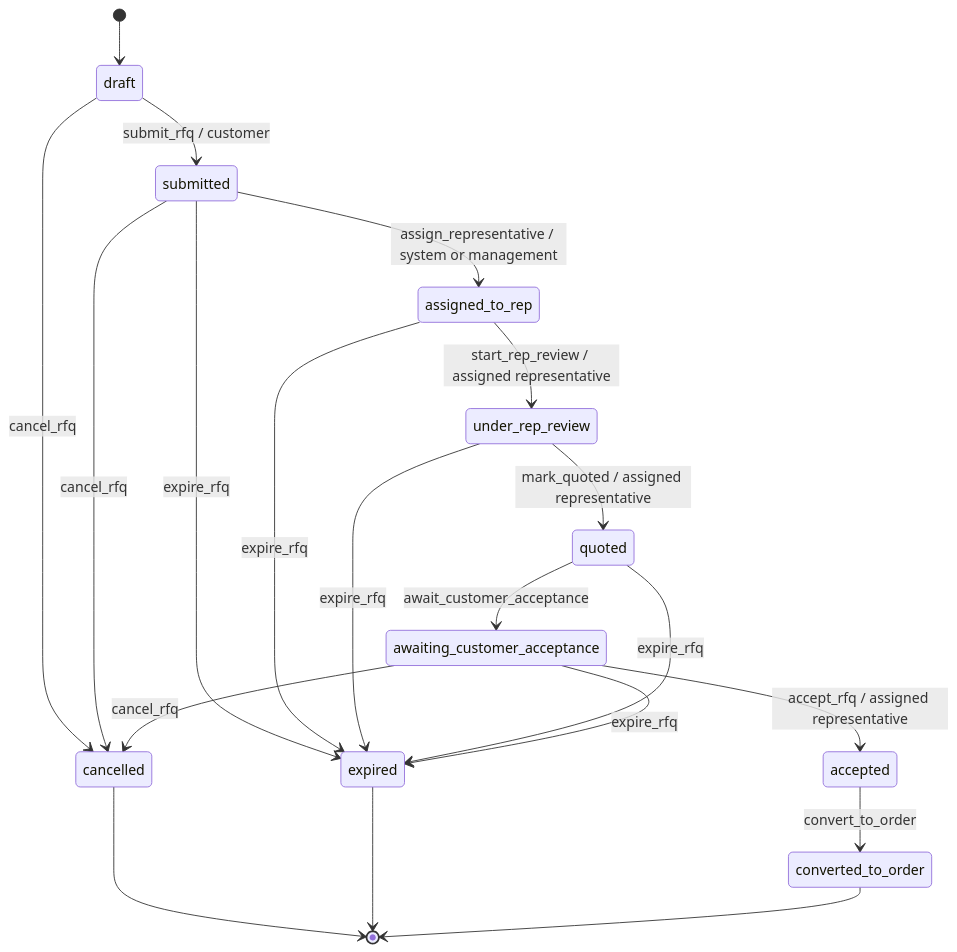
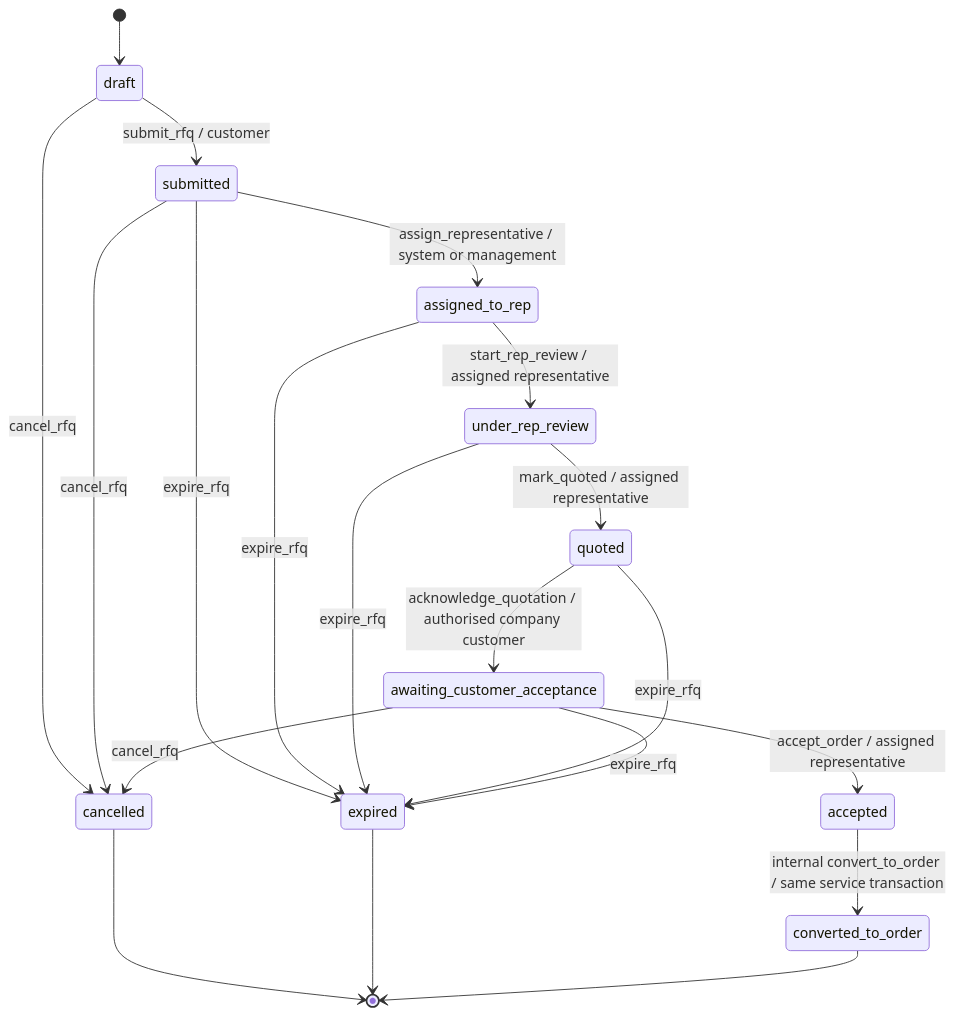
Before and after one commit to ShellyGames141up/Rhomberg-Test-App: the first of 2 diagrams in docs/WORKFLOW_STATE_MACHINE.md, drawn with Mermaid. The commit also changed other lines of this file and 52 other files, not shown here.

````diff
--- a/docs/WORKFLOW_STATE_MACHINE.md
+++ b/docs/WORKFLOW_STATE_MACHINE.md
@@ -30,22 +49,22 @@
 ```mermaid
 stateDiagram-v2
   [*] --> draft
   draft --> submitted: submit_rfq / customer
   submitted --> assigned_to_rep: assign_representative / system or management
   assigned_to_rep --> under_rep_review: start_rep_review / assigned representative
   under_rep_review --> quoted: mark_quoted / assigned representative
-  quoted --> awaiting_customer_acceptance: await_customer_acceptance
-  awaiting_customer_acceptance --> accepted: accept_rfq / assigned representative
-  accepted --> converted_to_order: convert_to_order
+  quoted --> awaiting_customer_acceptance: acknowledge_quotation / authorised company customer
+  awaiting_customer_acceptance --> accepted: accept_order / assigned representative
+  accepted --> converted_to_order: internal convert_to_order / same service transaction
   draft --> cancelled: cancel_rfq
   submitted --> cancelled: cancel_rfq
   awaiting_customer_acceptance --> cancelled: cancel_rfq
   submitted --> expired: expire_rfq
   assigned_to_rep --> expired: expire_rfq
   under_rep_review --> expired: expire_rfq
   quoted --> expired: expire_rfq
   awaiting_customer_acceptance --> expired: expire_rfq
   cancelled --> [*]
   expired --> [*]
   converted_to_order --> [*]
 ```
````
